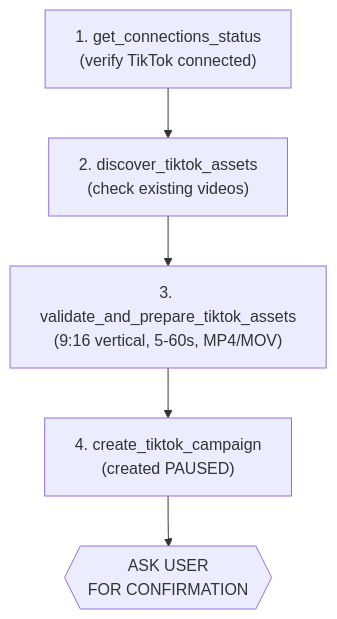
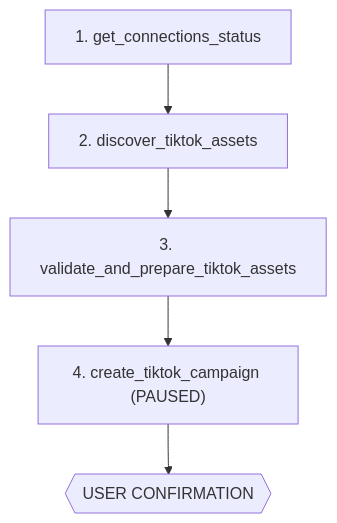
One commit to Adspirer/docs changed the sixth of 8 diagrams in agent-skills/workflows.mdx. Above: the diagram before and after it, drawn with Mermaid. The commit also changed other lines of this file and 1 other file, not shown here.

First line of the commit message:
Fix Mermaid diagrams and restore plain-text tool sequences for LLM readability

````diff
--- a/agent-skills/workflows.mdx
+++ b/agent-skills/workflows.mdx
@@ -171,7 +229,7 @@
 ```mermaid
 flowchart TD
-    A["1. get_connections_status\n(verify TikTok connected)"] --> B["2. discover_tiktok_assets\n(check existing videos)"]
-    B --> C["3. validate_and_prepare_tiktok_assets\n(9:16 vertical, 5-60s, MP4/MOV)"]
-    C --> D["4. create_tiktok_campaign\n(created PAUSED)"]
-    D --> E{{"ASK USER\nFOR CONFIRMATION"}}
+    A["1. get_connections_status"] --> B["2. discover_tiktok_assets"]
+    B --> C["3. validate_and_prepare_tiktok_assets"]
+    C --> D["4. create_tiktok_campaign (PAUSED)"]
+    D --> E{{"USER CONFIRMATION"}}
 ```
````
